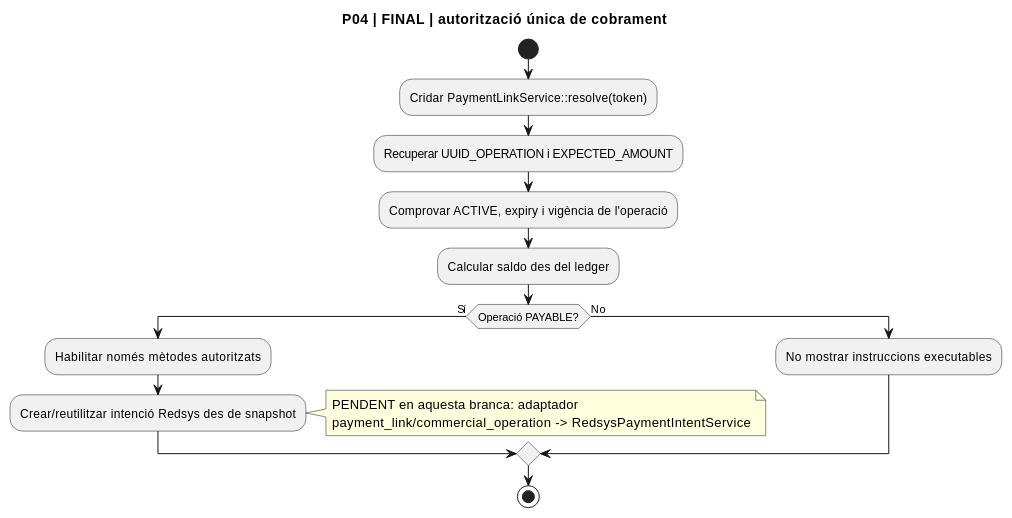
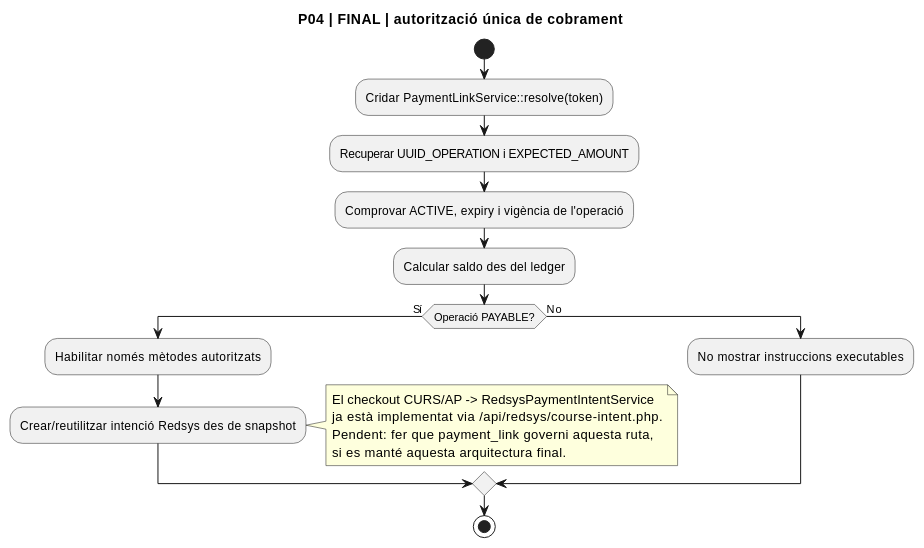
Diagram 16 of 26 in documentacio/07-uml-integrat/uc-020-activitats-pagines-actual-final.md (orgmeriemprismacat-del/verifactu), drawn with PlantUML before and after one commit. The commit also changed other lines of this file, not shown here.

Commit message:
docs(UC-020): actualitza activitats amb checkout de pagament SIF

````diff
--- a/documentacio/07-uml-integrat/uc-020-activitats-pagines-actual-final.md
+++ b/documentacio/07-uml-integrat/uc-020-activitats-pagines-actual-final.md
@@ -364,21 +364,23 @@
 ```plantuml
 @startuml
 title P04 | FINAL | autorització única de cobrament
 start
 :Cridar PaymentLinkService::resolve(token);
 :Recuperar UUID_OPERATION i EXPECTED_AMOUNT;
 :Comprovar ACTIVE, expiry i vigència de l'operació;
 :Calcular saldo des del ledger;
 if (Operació PAYABLE?) then (Sí)
  :Habilitar només mètodes autoritzats;
  :Crear/reutilitzar intenció Redsys des de snapshot;
 note right
-  PENDENT en aquesta branca: adaptador
-  payment_link/commercial_operation -> RedsysPaymentIntentService
+  El checkout CURS/AP -> RedsysPaymentIntentService
+  ja està implementat via /api/redsys/course-intent.php.
+  Pendent: fer que payment_link governi aquesta ruta,
+  si es manté aquesta arquitectura final.
 end note
 else (No)
  :No mostrar instruccions executables;
 endif
 stop
 @enduml
 ```
````
